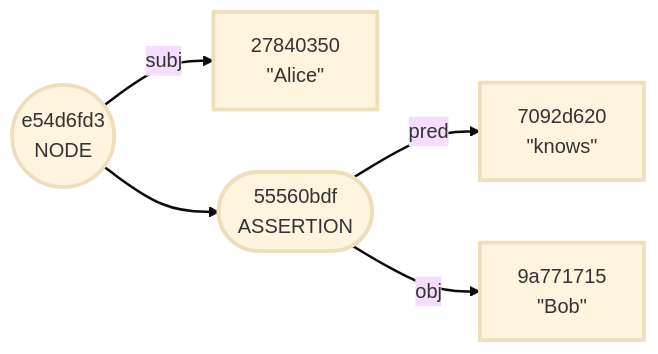
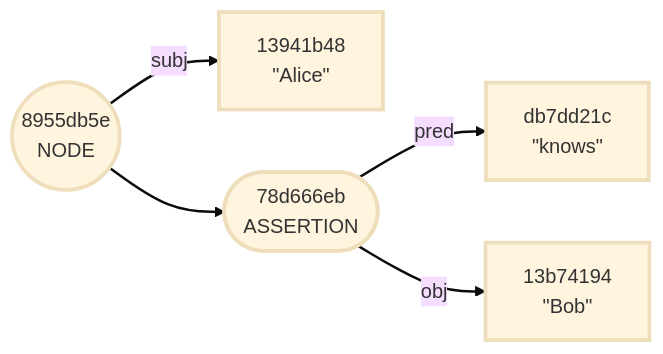
One commit to BlockchainCommons/WIPs-IETF-draft-envelope changed the diagram in preparing_mermaid.md. Above: the diagram before and after it, drawn with Mermaid (base theme). The commit also changed other lines of this file and 26 other files, not shown here.

````diff
--- a/preparing_mermaid.md
+++ b/preparing_mermaid.md
@@ -7,21 +7,21 @@
 ```mermaid
 graph LR
-    1(("e54d6fd3<br/>NODE"))
-    2["27840350<br/>#quot;Alice#quot;"]
-    3(["55560bdf<br/>ASSERTION"])
-    4["7092d620<br/>#quot;knows#quot;"]
-    5["9a771715<br/>#quot;Bob#quot;"]
+    1(("8955db5e<br/>NODE"))
+    2["13941b48<br/>#quot;Alice#quot;"]
+    3(["78d666eb<br/>ASSERTION"])
+    4["db7dd21c<br/>#quot;knows#quot;"]
+    5["13b74194<br/>#quot;Bob#quot;"]
     1 -->|subj| 2
     1 --> 3
     3 -->|pred| 4
     3 -->|obj| 5
     style 1 stroke-width:3.0px
     style 2 stroke-width:3.0px
     style 3 stroke-width:3.0px
     style 4 stroke-width:3.0px
     style 5 stroke-width:3.0px
     linkStyle 0 stroke-width:2.0px
     linkStyle 1 stroke-width:2.0px
     linkStyle 2 stroke-width:2.0px
     linkStyle 3 stroke-width:2.0px
 ```
````
